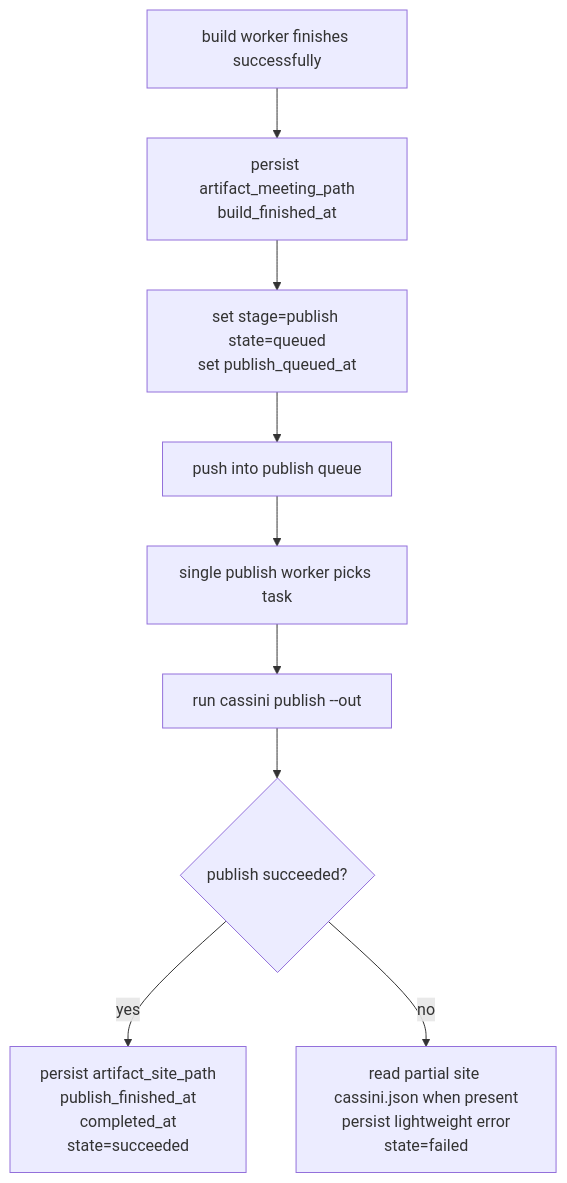
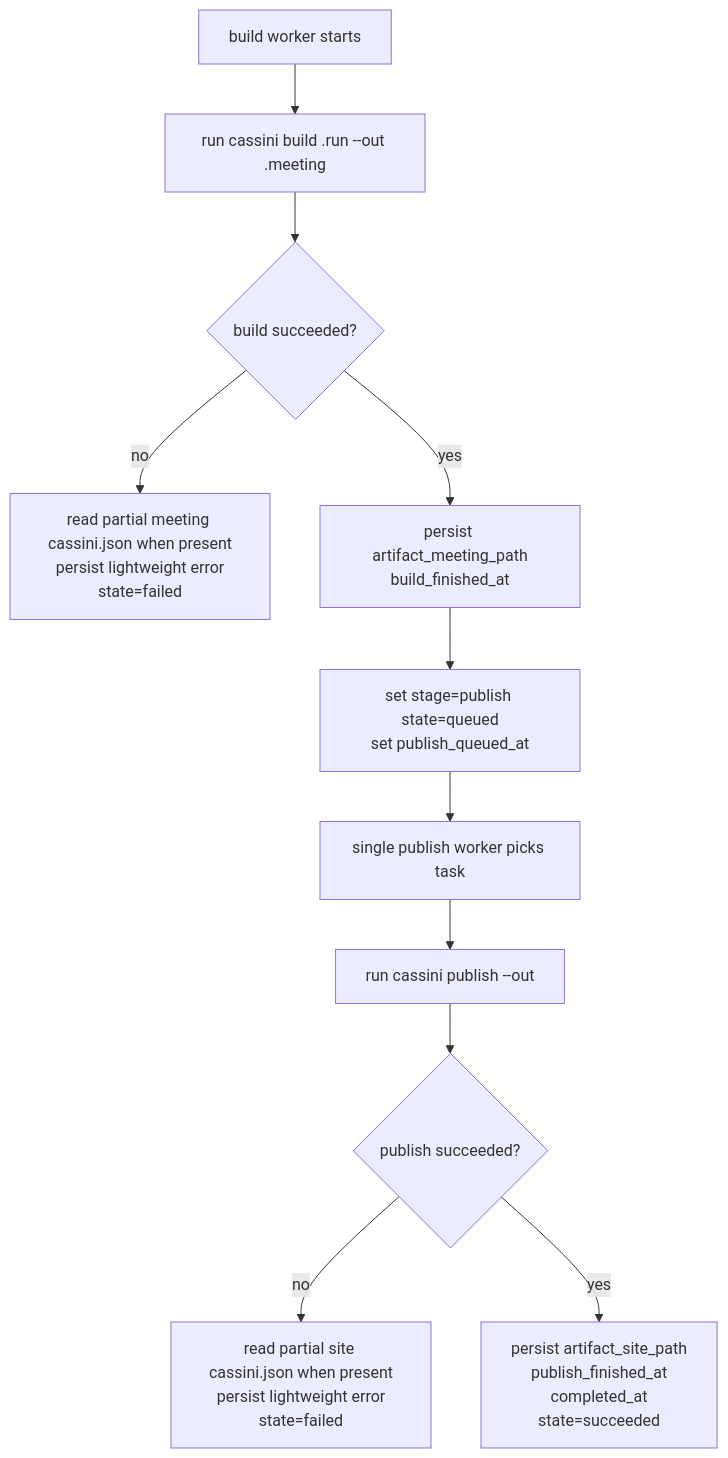
The sixth of 6 diagrams in cassini-operator/README.md (codemyriad/gocassini), drawn with Mermaid before and after one commit. The commit also changed other lines of this file and 2 other files, not shown here.

````diff
--- a/cassini-operator/README.md
+++ b/cassini-operator/README.md
@@ -119,11 +146,13 @@
 ```mermaid
 flowchart TD
-  A["build worker finishes successfully"] --> B["persist artifact_meeting_path\nbuild_finished_at"]
-  B --> C["set stage=publish state=queued\nset publish_queued_at"]
-  C --> D["push into publish queue"]
-  D --> E["single publish worker picks task"]
-  E --> F["run cassini publish <work-root> --out <site-root>"]
-  F --> G{"publish succeeded?"}
-  G -->|yes| H["persist artifact_site_path\npublish_finished_at\ncompleted_at\nstate=succeeded"]
-  G -->|no| I["read partial site cassini.json when present\npersist lightweight error\nstate=failed"]
+  A["build worker starts"] --> B["run cassini build <job>.run --out <job>.meeting"]
+  B --> C{"build succeeded?"}
+  C -->|no| D["read partial meeting cassini.json when present\npersist lightweight error\nstate=failed"]
+  C -->|yes| E["persist artifact_meeting_path\nbuild_finished_at"]
+  E --> F["set stage=publish state=queued\nset publish_queued_at"]
+  F --> G["single publish worker picks task"]
+  G --> H["run cassini publish <work-root> --out <site-root>"]
+  H --> I{"publish succeeded?"}
+  I -->|no| J["read partial site cassini.json when present\npersist lightweight error\nstate=failed"]
+  I -->|yes| K["persist artifact_site_path\npublish_finished_at\ncompleted_at\nstate=succeeded"]
 ```
````
